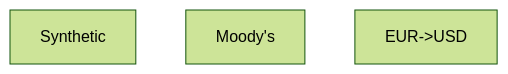
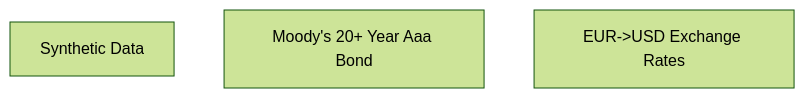
One commit to acatlin/test changed the diagram in README.md. Above: the diagram before and after it, drawn with Mermaid (forest theme).

````diff
--- a/README.md
+++ b/README.md
@@ -4,6 +4,6 @@
 ```mermaid
-graph
-  A[Synthetic]
-  B[Moody's]
-  C[EUR->USD]
+graph TB
+  A[Synthetic Data]
+  B[Moody's 20+ Year Aaa Bond]
+  C[EUR->USD Exchange Rates]
 ```
````
